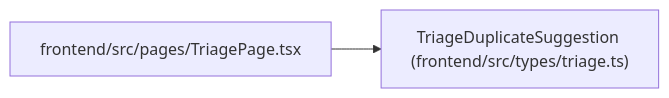
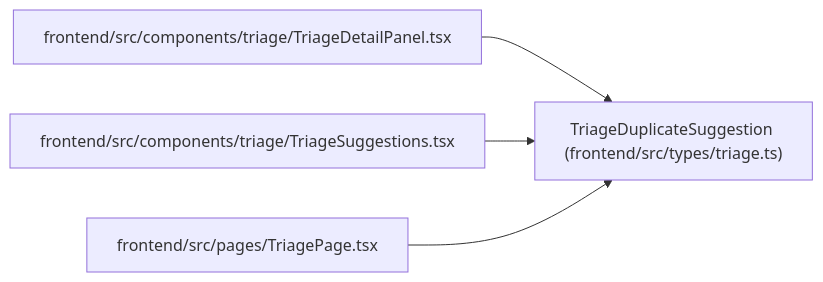
The diagram in docs/llm_wiki/entities/types_triage_TriageDuplicateSuggestion.md (Denissvgn/WorkChord), drawn with Mermaid before and after one commit. The commit also changed other lines of this file and 2373 other files, not shown here.

````diff
--- a/docs/llm_wiki/entities/types_triage_TriageDuplicateSuggestion.md
+++ b/docs/llm_wiki/entities/types_triage_TriageDuplicateSuggestion.md
@@ -37,8 +37,14 @@
 ```mermaid
 flowchart LR
     n0["TriageDuplicateSuggestion (frontend/src/types/triage.ts)"]
-    n1["frontend/src/pages/TriagePage.tsx"]
+    n1["frontend/src/components/triage/TriageDetailPanel.tsx"]
+    n2["frontend/src/components/triage/TriageSuggestions.tsx"]
+    n3["frontend/src/pages/TriagePage.tsx"]
     n1 --> n0
+    n2 --> n0
+    n3 --> n0
     click n0 "../modules/types_triage.md"
-    click n1 "../modules/TriagePage.md"
+    click n1 "../modules/TriageDetailPanel.md"
+    click n2 "../modules/TriageSuggestions.md"
+    click n3 "../modules/TriagePage.md"
 ```
````
